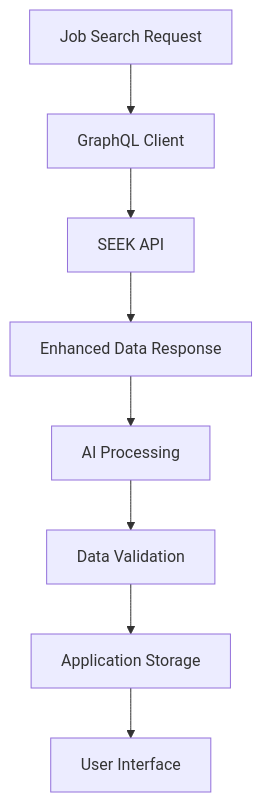
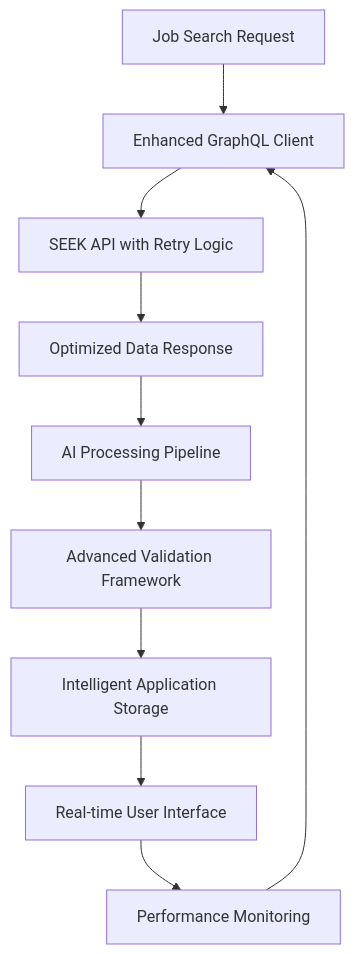
One commit to zmyeo54/briefroom changed diagram 11 of 12 in .qoder/repowiki/en/content/Core Features/Job Application Management.md. Above: the diagram before and after it, drawn with Mermaid. The commit also changed other lines of this file and 37 other files, not shown here.

First line of the commit message:
feat(job-application): enhance job metadata extraction and processing capabilities

````diff
--- a/.qoder/repowiki/en/content/Core Features/Job Application Management.md
+++ b/.qoder/repowiki/en/content/Core Features/Job Application Management.md
@@ -506,10 +572,12 @@
 ```mermaid
 flowchart TD
-A["Job Search Request"] --> B["GraphQL Client"]
-B --> C["SEEK API"]
-C --> D["Enhanced Data Response"]
-D --> E["AI Processing"]
-E --> F["Data Validation"]
-F --> G["Application Storage"]
-G --> H["User Interface"]
+A["Job Search Request"] --> B["Enhanced GraphQL Client"]
+B --> C["SEEK API with Retry Logic"]
+C --> D["Optimized Data Response"]
+D --> E["AI Processing Pipeline"]
+E --> F["Advanced Validation Framework"]
+F --> G["Intelligent Application Storage"]
+G --> H["Real-time User Interface"]
+H --> I["Performance Monitoring"]
+I --> B
 ```
````
